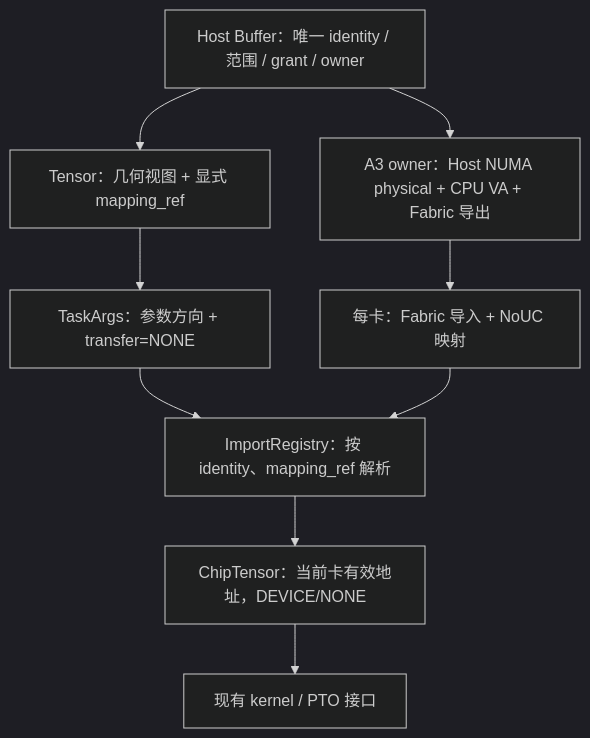
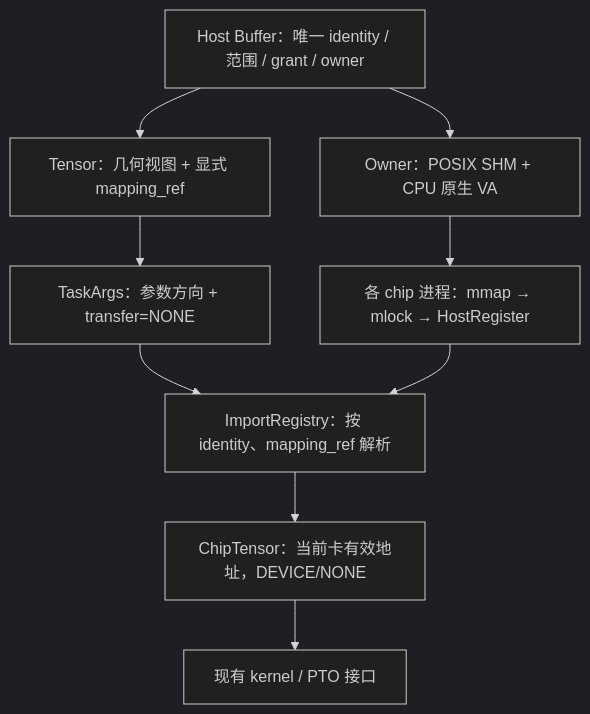
The first of 3 diagrams in docs/zh-cn/a3-host-domain.md (Leaf-Salix/simpler), drawn with Mermaid (dark theme) before and after one commit. The commit also changed other lines of this file and 6 other files, not shown here.

First line of the commit message:
Update: map A3 shared Host backing with HostRegister

````diff
--- a/docs/zh-cn/a3-host-domain.md
+++ b/docs/zh-cn/a3-host-domain.md
@@ -44,11 +46,11 @@
 ```mermaid
 flowchart TD
   B["Host Buffer：唯一 identity / 范围 / grant / owner"] --> T["Tensor：几何视图 + 显式 mapping_ref"]
   T --> A["TaskArgs：参数方向 + transfer=NONE"]
   A --> I["ImportRegistry：按 identity、mapping_ref 解析"]
   I --> C["ChipTensor：当前卡有效地址，DEVICE/NONE"]
-  B --> O["A3 owner：Host NUMA physical + CPU VA + Fabric 导出"]
-  O --> M["每卡：Fabric 导入 + NoUC 映射"]
+  B --> O["Owner：POSIX SHM + CPU 原生 VA"]
+  O --> M["各 chip 进程：mmap → mlock → HostRegister"]
   M --> I
   C --> K["现有 kernel / PTO 接口"]
 ```
````
